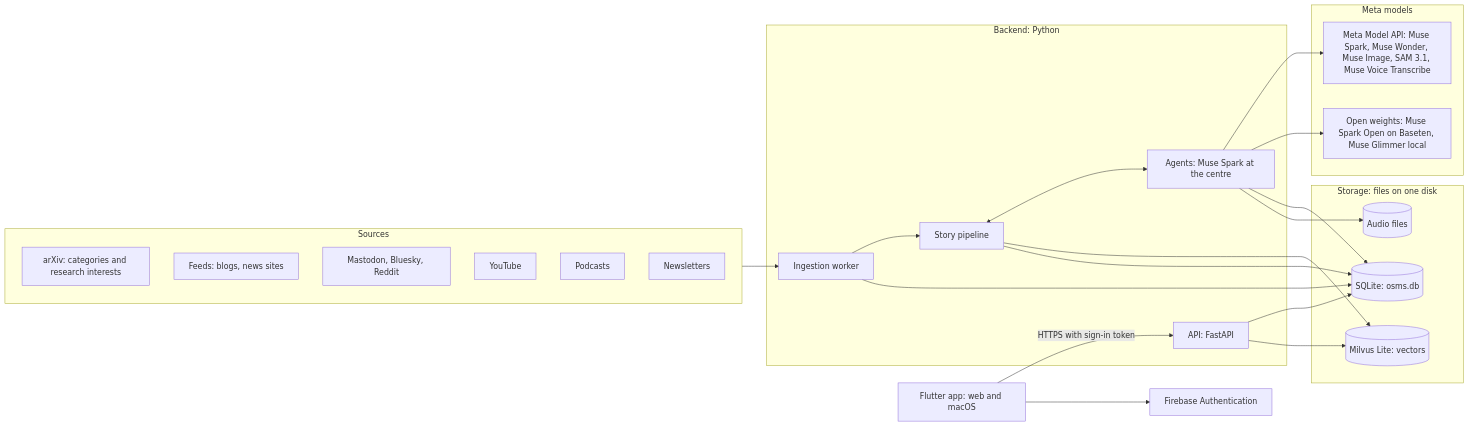
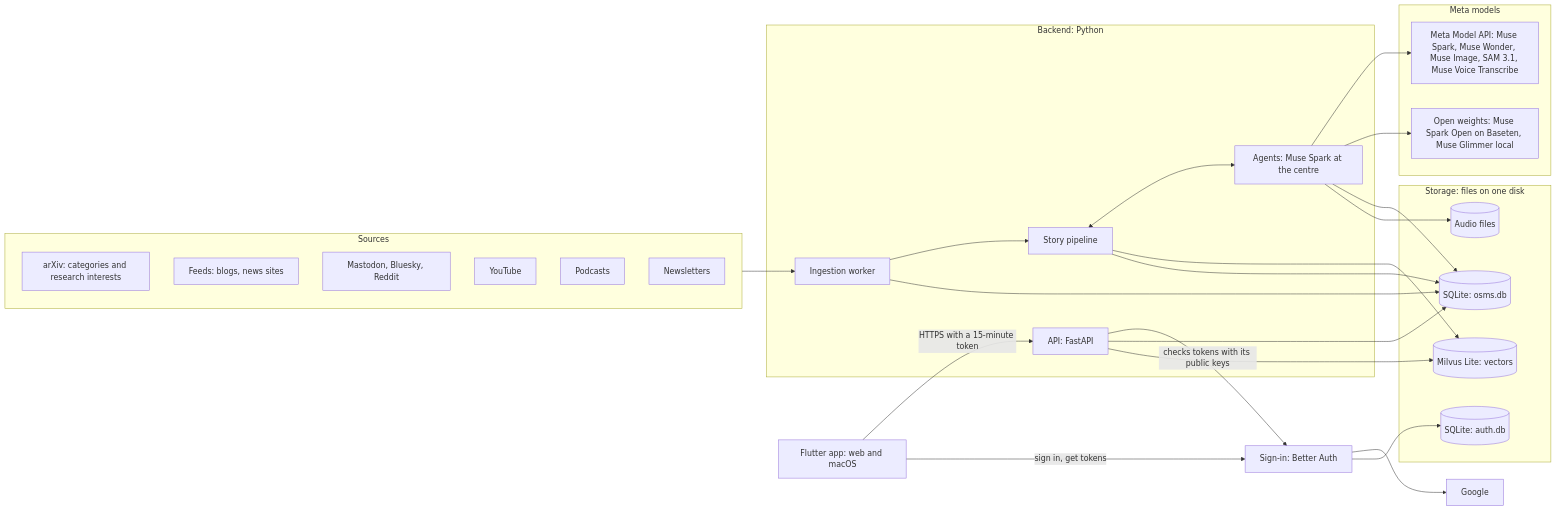
One commit to ThivaV/OSMS changed the first of 8 diagrams in docs/architecture.md. Above: the diagram before and after it, drawn with Mermaid. The commit also changed other lines of this file and 83 other files, not shown here.

````diff
--- a/docs/architecture.md
+++ b/docs/architecture.md
@@ -8,47 +8,52 @@
 ```mermaid
 flowchart LR
     subgraph sources["Sources"]
         arxiv["arXiv: categories and research interests"]
         feeds["Feeds: blogs, news sites"]
         social["Mastodon, Bluesky, Reddit"]
         video["YouTube"]
         pods["Podcasts"]
         mail["Newsletters"]
     end
 
     subgraph backend["Backend: Python"]
         worker["Ingestion worker"]
         pipeline["Story pipeline"]
         agents["Agents: Muse Spark at the centre"]
         api["API: FastAPI"]
     end
 
     subgraph models["Meta models"]
         metaapi["Meta Model API: Muse Spark, Muse Wonder, Muse Image, SAM 3.1, Muse Voice Transcribe"]
         openweights["Open weights: Muse Spark Open on Baseten, Muse Glimmer local"]
     end
 
     subgraph stores["Storage: files on one disk"]
         sqlite[("SQLite: osms.db")]
+        authdb[("SQLite: auth.db")]
         milvus[("Milvus Lite: vectors")]
         files[("Audio files")]
     end
 
     app["Flutter app: web and macOS"]
-    auth["Firebase Authentication"]
+    auth["Sign-in: Better Auth"]
+    google["Google"]
 
     sources --> worker
     worker --> pipeline
     pipeline <--> agents
     agents --> metaapi
     agents --> openweights
     worker --> sqlite
     pipeline --> milvus
     pipeline --> sqlite
     agents --> sqlite
     agents --> files
-    app -->|"HTTPS with sign-in token"| api
-    app --> auth
+    app -->|"HTTPS with a 15-minute token"| api
+    app -->|"sign in, get tokens"| auth
+    auth --> google
+    auth --> authdb
+    api -->|"checks tokens with its public keys"| auth
     api --> sqlite
     api --> milvus
 ```
````
